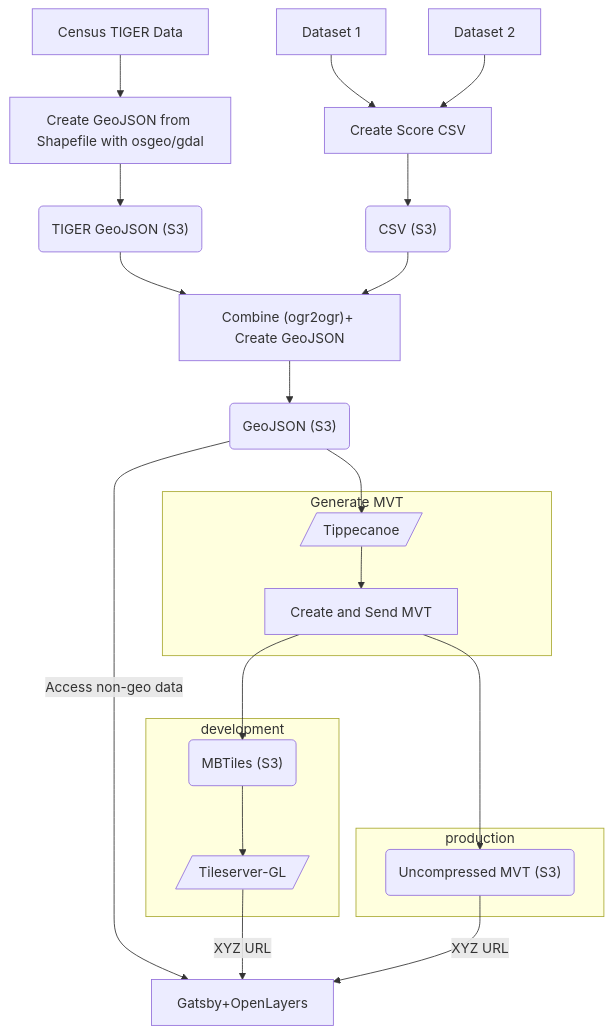
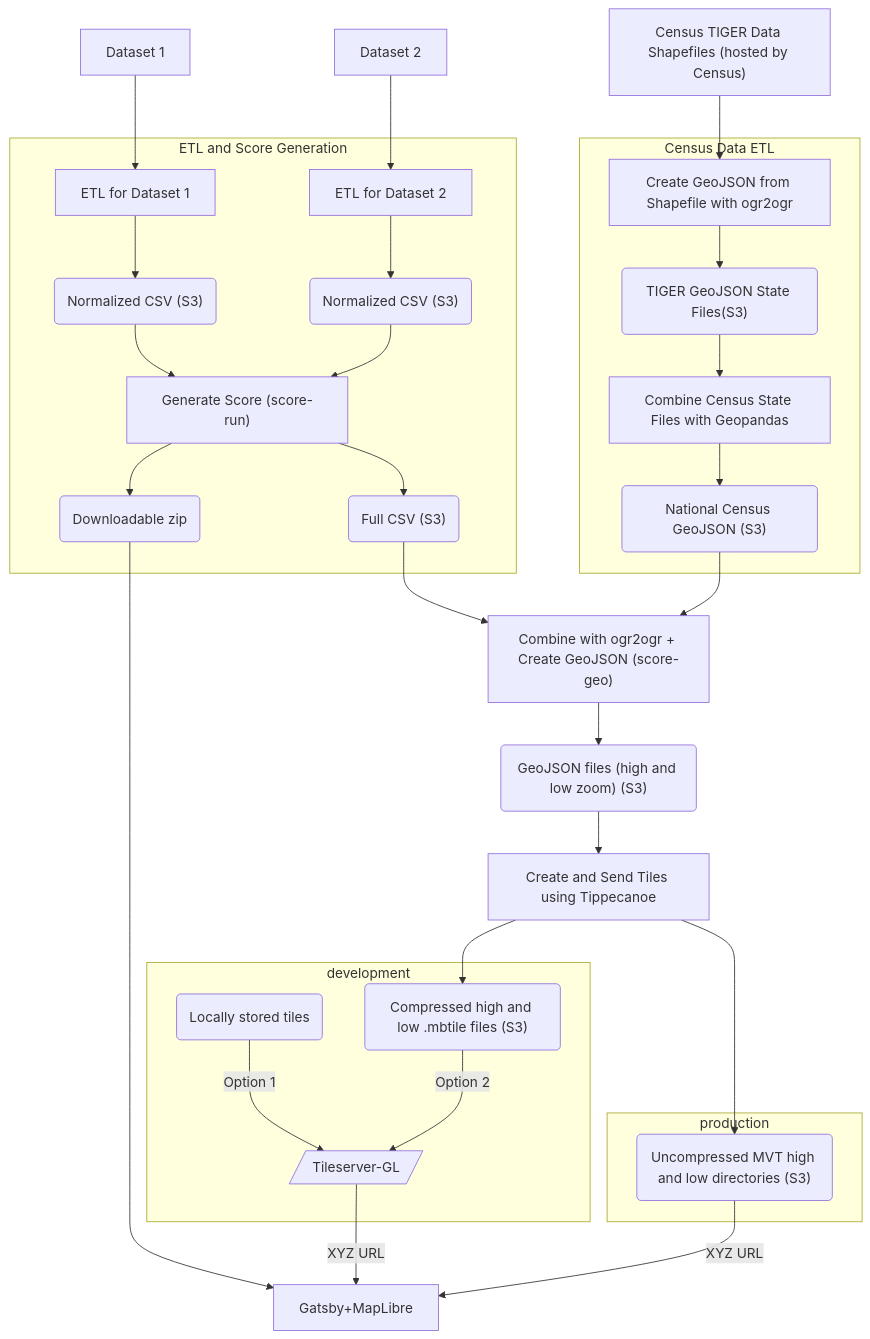
The diagram in docs/architecture/geodata-pipeline-arch.mmd (usds/justice40-tool), drawn with Mermaid before and after one commit. The commit also changed 7 other files, not shown here.

First line of the commit message:
Update diagrams in architecture docs (#790)

```diff
--- a/docs/architecture/geodata-pipeline-arch.mmd
+++ b/docs/architecture/geodata-pipeline-arch.mmd
@@ -1,22 +1,36 @@
 graph TD
-    Dataset1["Dataset 1"]-->Score
-    Dataset2["Dataset 2"]-->Score
-    Census["Census TIGER Data"]-->CGTiger
-    CGTiger["Create GeoJSON from Shapefile with osgeo/gdal"]-->TS3
-    TS3("TIGER GeoJSON (S3)")-->CGJ
-    Score["Create Score CSV"]-->CSV
-    CSV("CSV (S3)")-->CGJ
-    CGJ["Combine (ogr2ogr)+ Create GeoJSON"]-->GeoJSON
-    GeoJSON("GeoJSON (S3)")-->Tip
-    GeoJSON--"Access non-geo data"-->Client
-    subgraph "Generate MVT"
-        Tip[/Tippecanoe/]-->CreateMVT["Create and Send MVT"]
+    Dataset1["Dataset 1"]-->ETL1
+    Dataset2["Dataset 2"]-->ETL2
+    subgraph "ETL and Score Generation"
+        ETL1["ETL for Dataset 1"]-->ncsv1("Normalized CSV (S3)")
+        ETL2["ETL for Dataset 2"]-->ncsv2("Normalized CSV (S3)")
+        ncsv1-->Score
+        ncsv2-->Score
+        Score-->DL("Downloadable zip")
+        Score["Generate Score (score-run)"]-->CSV
     end
+    DL-->Client
+
+    Census["Census TIGER Data Shapefiles (hosted by Census)"]-->CGTiger
+    subgraph "Census Data ETL"
+        CGTiger["Create GeoJSON from Shapefile with ogr2ogr"]-->TS3
+        TS3("TIGER GeoJSON State Files(S3)")-->CombineCensus["Combine Census State Files with Geopandas"]
+        CombineCensus-->NCS3("National Census GeoJSON (S3)")
+    end
+    
+    CSV("Full CSV (S3)")-->CGJ
+    NCS3-->CGJ
+    CGJ["Combine with ogr2ogr + Create GeoJSON (score-geo)"]-->GeoJSON
+    GeoJSON("GeoJSON files (high and low zoom) (S3)")-->Tip
+    Tip["Create and Send Tiles using Tippecanoe"]-->Uncompressed
+    Tip-->Compressed
     subgraph production
-        CreateMVT-->Uncompressed("Uncompressed MVT (S3)")
+        Uncompressed("Uncompressed MVT high and low directories (S3)")
     end
     subgraph development
-        CreateMVT-->Compressed("MBTiles (S3)")-->TS[/Tileserver-GL/]
+        Local("Locally stored tiles")--"Option 1"-->TS
+        Compressed("Compressed high and low .mbtile files (S3)")--"Option 2"-->TS[/Tileserver-GL/]
     end
+    
     TS--"XYZ URL"-->Client
-    Uncompressed--"XYZ URL"-->Client["Gatsby+OpenLayers"]
+    Uncompressed--"XYZ URL"-->Client["Gatsby+MapLibre"]
```
